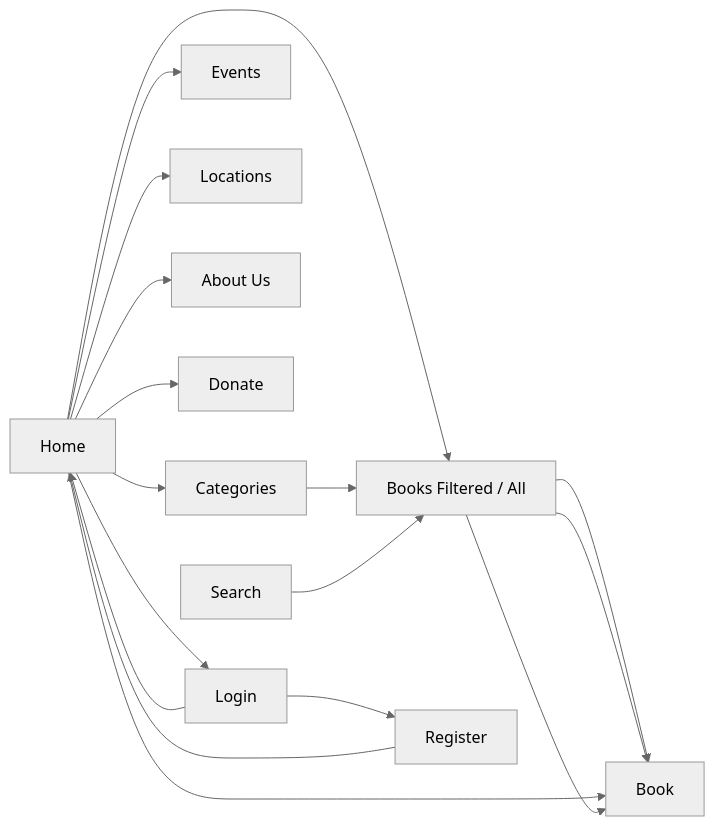
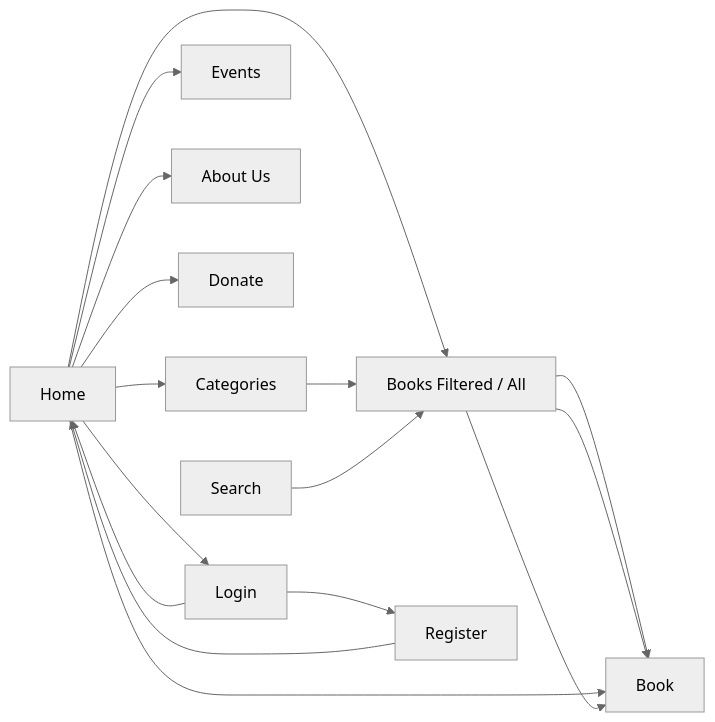
One commit to garrysjh/shelfscape changed the diagram in diagrams/sitemap.mmd. Above: the diagram before and after it, drawn with Mermaid (neutral theme).

```diff
--- a/diagrams/sitemap.mmd
+++ b/diagrams/sitemap.mmd
@@ -1,13 +1,12 @@
 graph LR
     A[Home] --> B[Books] --> C[Book]
     A[Home] --> D[Categories] --> B[Books Filtered / All] --> C[Book]
     A[Home] --> C[Book]
     A[Home] --> E[Events]
-    A[Home] --> F[Locations]
     A[Home] --> G[About Us]
     A[Home] --> H[Donate]
     I[Search] --> B[Books Filtered / All] --> C[Book]
     A[Home] --> J[Login]
     J[Login] --> K[Register]
     J[Login] --> A[Home]
     K[Register] --> A[Home]
```
